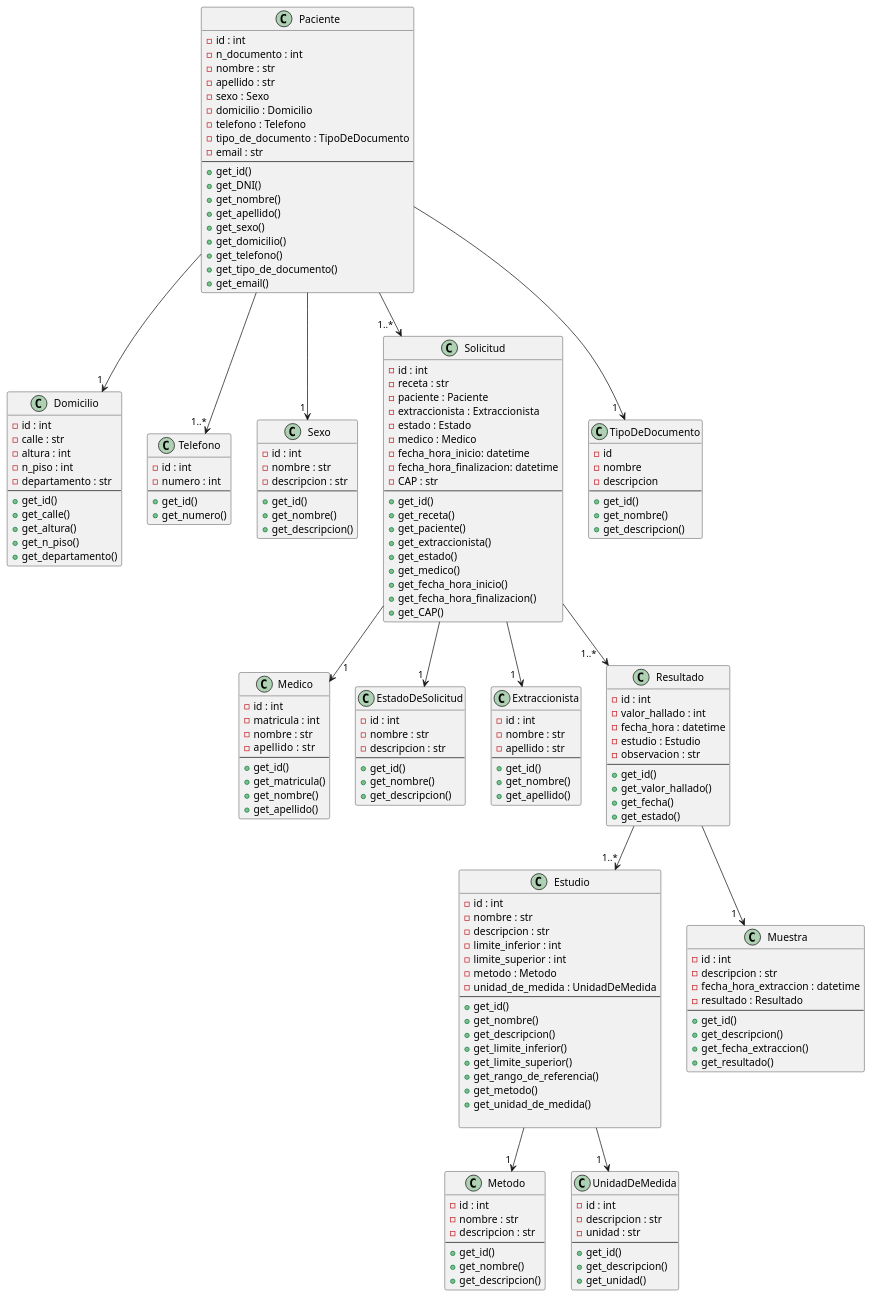
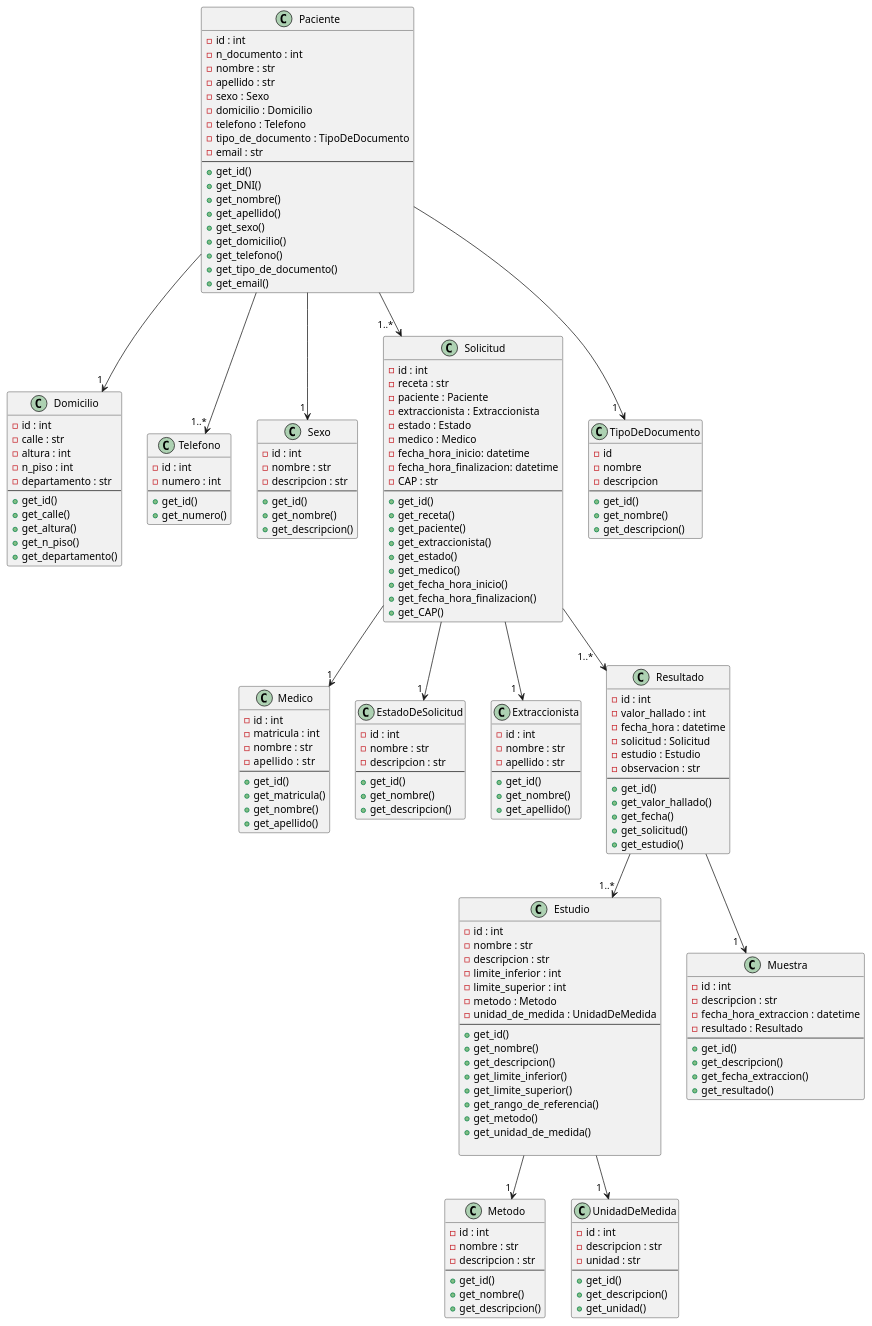
One commit to MateMar04/Biomedica changed the diagram in Diagrams/ClassDiagram.wsd. Above: the diagram before and after it, drawn with PlantUML. The commit also changed 1 other file, not shown here.

```diff
--- a/Diagrams/ClassDiagram.wsd
+++ b/Diagrams/ClassDiagram.wsd
@@ -154,13 +154,15 @@
     - id : int
     - valor_hallado : int
     - fecha_hora : datetime
+    - solicitud : Solicitud
     - estudio : Estudio
     - observacion : str
     --
     + get_id()
     + get_valor_hallado()
     + get_fecha()
-    + get_estado()
+    + get_solicitud()
+    + get_estudio()
 }
 
 class UnidadDeMedida {
```
